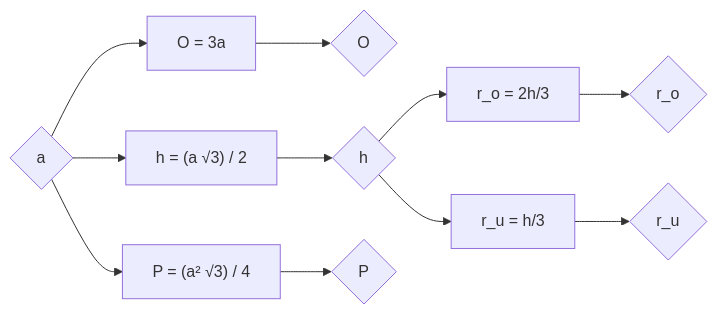
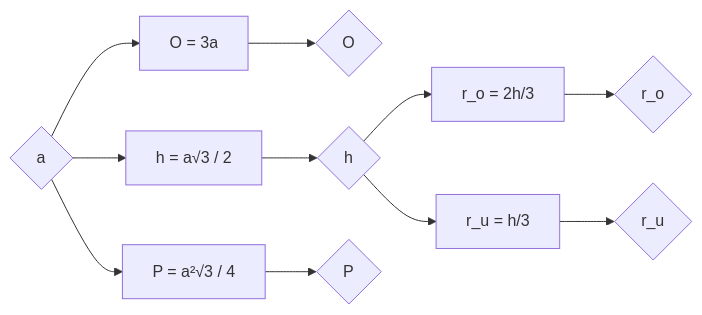
Before and after one commit to ndjapic/mat7-2024: the diagram in 02-pitagora/primena/trougao/03-jednakostranicni.md, drawn with Mermaid.

````diff
--- a/02-pitagora/primena/trougao/03-jednakostranicni.md
+++ b/02-pitagora/primena/trougao/03-jednakostranicni.md
@@ -8,13 +8,13 @@
 ```mermaid
 graph LR;
     FO[O = 3a] --> O{O};
-    A --> FO;
-    PT["h = (a √3) / 2"] --> H{h};
-    A{a} --> PT;
-    FP["P = (a² √3) / 4"] --> P{P};
+    A{a} --> FO;
+    PT["h = a√3 / 2"] --> H{h};
+    A --> PT;
+    FP["P = a²√3 / 4"] --> P{P};
     A --> FP;
     Fro["r_o = 2h/3"] --> ro{r_o};
     Fru["r_u = h/3"] --> ru{r_u};
     H --> Fro;
     H --> Fru;
 ```
````
